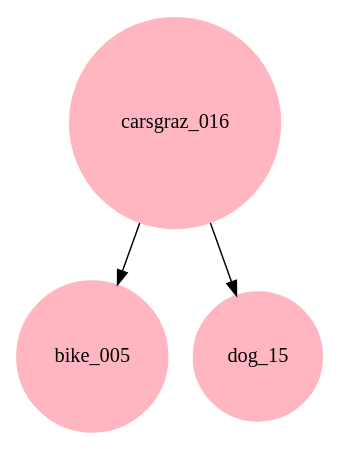
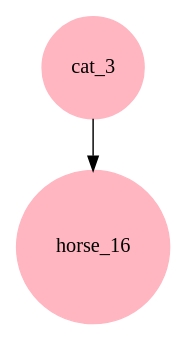
The diagram in archivo.dot (adl088/ArbolAVL), drawn with Graphviz before and after one commit. The commit also changed 4 other files, not shown here.

```diff
--- a/archivo.dot
+++ b/archivo.dot
@@ -1,11 +1,10 @@
 digraph G
 {
      node[shape = circle]
      node[style = filled]
      node[fillcolor = "#FFB6C1"]
      node[color = "#FFB6C1"]
      edge[color = "#000000"]
-carsgraz_016->bike_005
-carsgraz_016->dog_15
+cat_3->horse_16
 
 }
```
